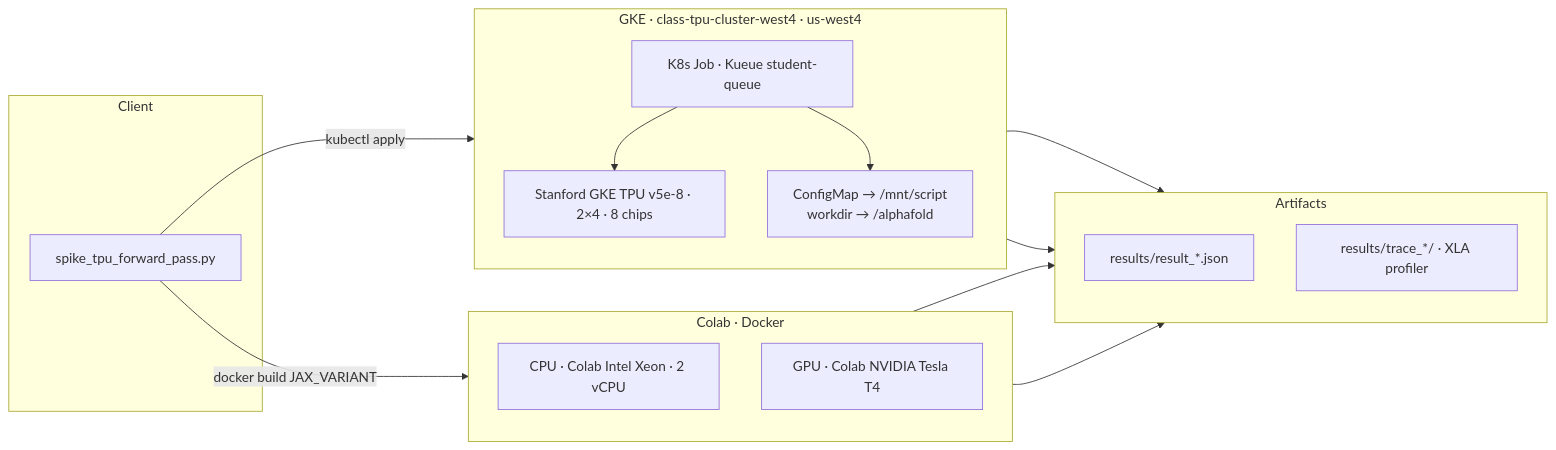
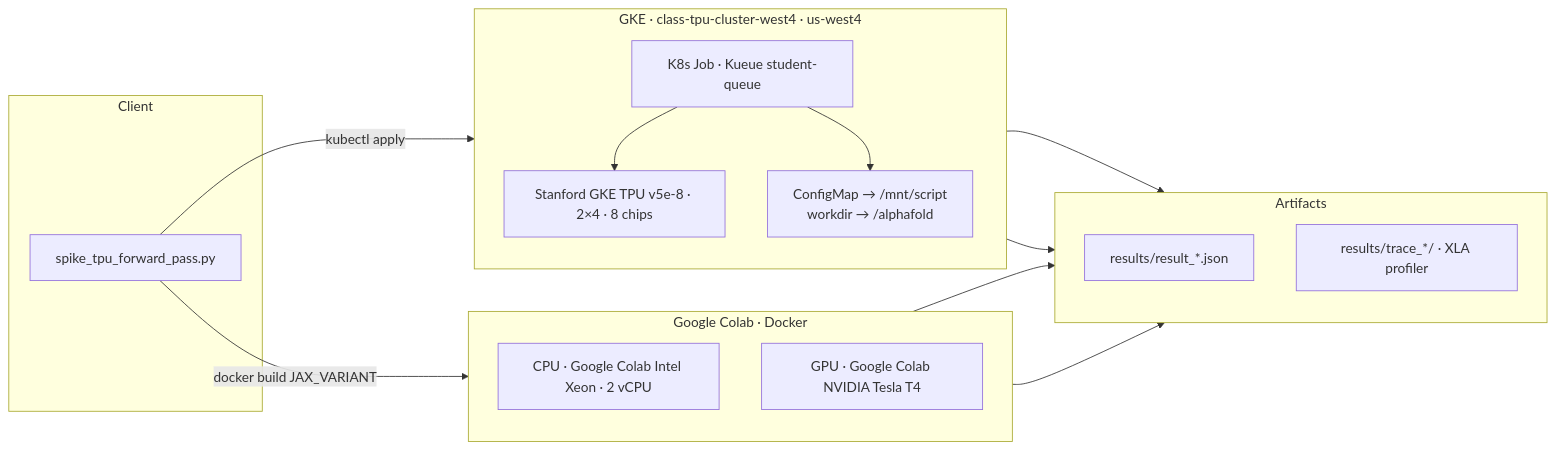
The first of 2 diagrams in README.md (lorenzopazienza/alphafold-tpu-benchmark), drawn with Mermaid before and after one commit. The commit also changed other lines of this file and 26 other files, not shown here.

First line of the commit message:
docs: spell out Google Colab, HPC, and precise 451× copy

````diff
--- a/README.md
+++ b/README.md
@@ -114,34 +114,34 @@
 ```mermaid
 flowchart LR
   subgraph Client["Client"]
     S["spike_tpu_forward_pass.py"]
   end
 
-  subgraph Local["Colab · Docker"]
+  subgraph Local["Google Colab · Docker"]
     direction TB
-    CPU["CPU · Colab Intel Xeon · 2 vCPU"]
-    GPU["GPU · Colab NVIDIA Tesla T4"]
+    CPU["CPU · Google Colab Intel Xeon · 2 vCPU"]
+    GPU["GPU · Google Colab NVIDIA Tesla T4"]
   end
 
   subgraph GKE["GKE · class-tpu-cluster-west4 · us-west4"]
     direction TB
     JOB["K8s Job · Kueue student-queue"]
     TPU["Stanford GKE TPU v5e-8 · 2×4 · 8 chips"]
     PATHS["ConfigMap → /mnt/script<br/>workdir → /alphafold"]
     JOB --> TPU
     JOB --> PATHS
   end
 
   subgraph Artifacts["Artifacts"]
     direction TB
     JSON["results/result_*.json"]
     TRACE["results/trace_*/ · XLA profiler"]
   end
 
   S -->|"docker build JAX_VARIANT"| Local
   S -->|"kubectl apply"| JOB
   CPU --> JSON
   GPU --> JSON
   TPU --> JSON
   TPU --> TRACE
 ```
````
